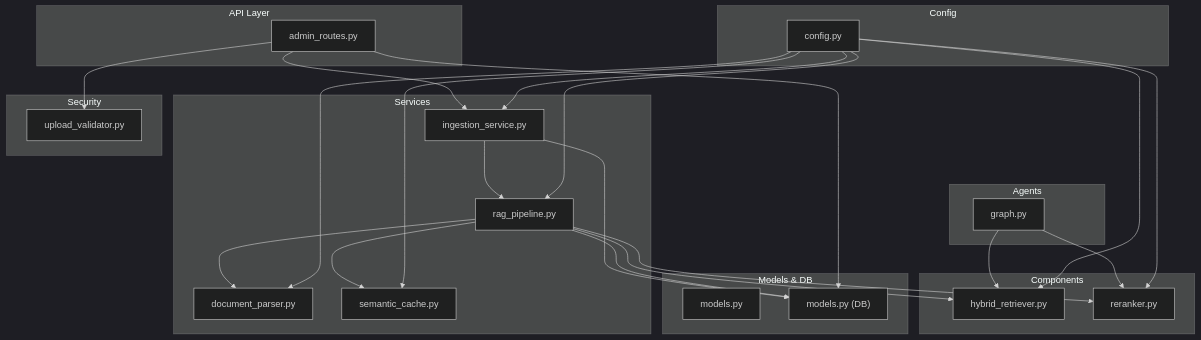
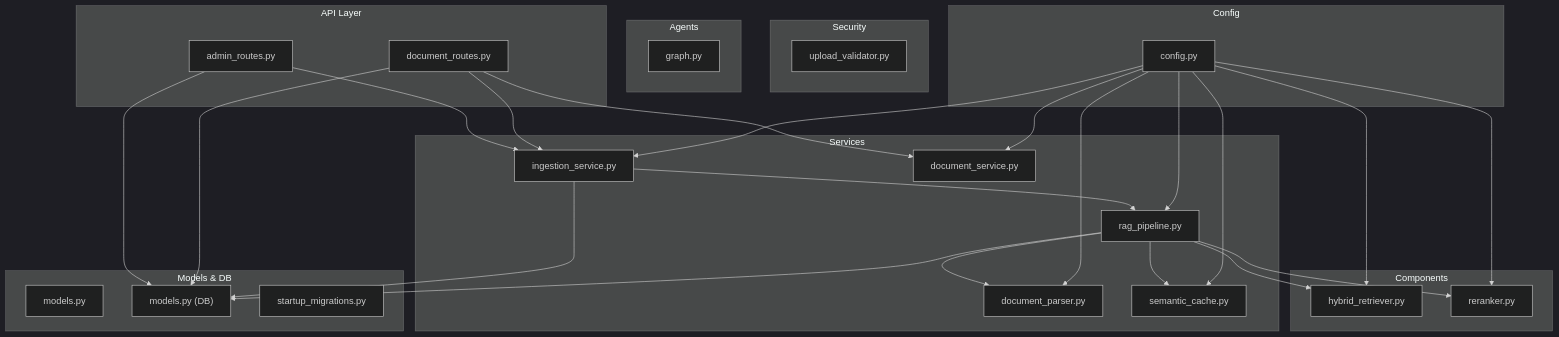
The first of 12 diagrams in .qoder/repowiki/en/content/Document Processing System/Document Processing System.md (genes8/private-ai), drawn with Mermaid (dark theme) before and after one commit. The commit also changed other lines of this file and 7 other files, not shown here.

First line of the commit message:
fix: startup_migrations SQLAlchemy text() bind-parameter parsing bug

````diff
--- a/.qoder/repowiki/en/content/Document Processing System/Document Processing System.md
+++ b/.qoder/repowiki/en/content/Document Processing System/Document Processing System.md
@@ -59,47 +65,51 @@
 ```mermaid
 graph TB
 subgraph "API Layer"
 AR["admin_routes.py"]
+DR["document_routes.py"]
 end
 subgraph "Services"
 IS["ingestion_service.py"]
 RP["rag_pipeline.py"]
 DP["document_parser.py"]
 SC["semantic_cache.py"]
+DS["document_service.py"]
 end
 subgraph "Components"
 HR["hybrid_retriever.py"]
 RR["reranker.py"]
 end
 subgraph "Models & DB"
 M["models.py"]
 MDB["models.py (DB)"]
+SM["startup_migrations.py"]
 end
 subgraph "Security"
 UV["upload_validator.py"]
 end
 subgraph "Agents"
 G["graph.py"]
 end
 subgraph "Config"
 C["config.py"]
 end
 AR --> IS
+DR --> IS
 IS --> RP
 RP --> DP
 RP --> HR
 RP --> RR
 RP --> SC
-AR --> UV
-G --> HR
-G --> RR
+DR --> DS
 IS --> MDB
 RP --> MDB
 AR --> MDB
+DR --> MDB
 C --> IS
 C --> RP
 C --> DP
 C --> HR
 C --> RR
 C --> SC
+C --> DS
 ```
````
